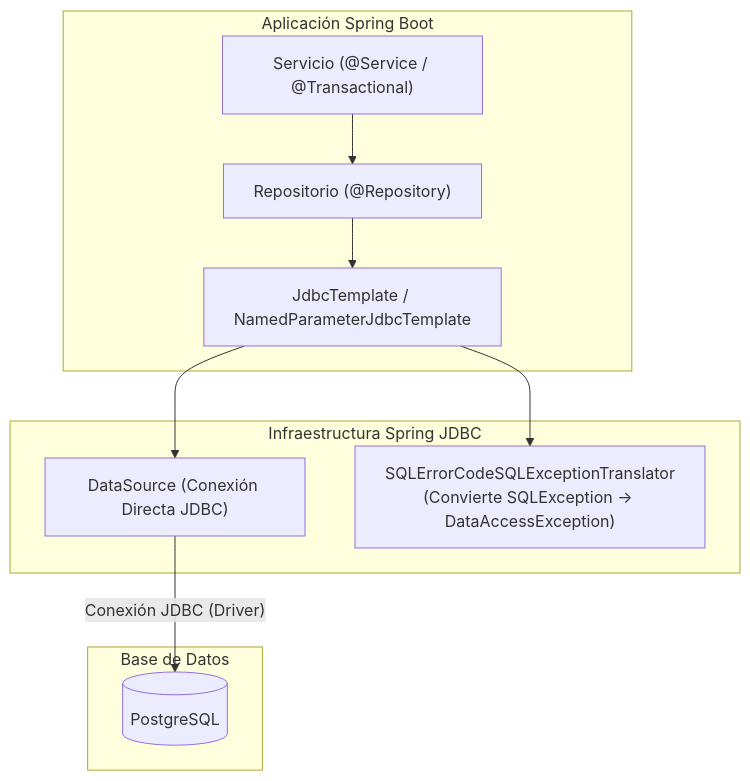
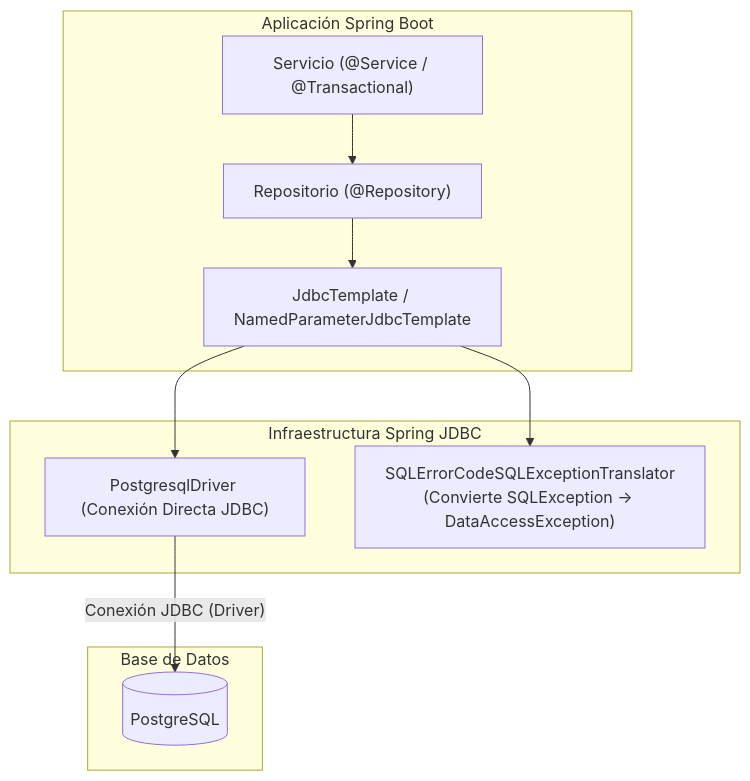
Before and after one commit to fencgut961/AAD_26_27: diagram 12 of 14 in RA2/ra2-manejor-conectores.md, drawn with Mermaid. The commit also changed other lines of this file, not shown here.

First line of the commit message:
Refactor JDBC references and update section headings

````diff
--- a/RA2/ra2-manejor-conectores.md
+++ b/RA2/ra2-manejor-conectores.md
@@ -874,23 +871,23 @@
 ```mermaid
 graph TD
     subgraph SpringApp["Aplicación Spring Boot"]
         Service["Servicio (@Service / @Transactional)"]
         Repo["Repositorio (@Repository)"]
         Template["JdbcTemplate / NamedParameterJdbcTemplate"]
     end
 
     subgraph SpringInfra["Infraestructura Spring JDBC"]
-        DS["DataSource (Conexión Directa JDBC)"]
+        DS["PostgresqlDriver (Conexión Directa JDBC)"]
         Translator["SQLErrorCodeSQLExceptionTranslator\n(Convierte SQLException -> DataAccessException)"]
     end
 
     subgraph BD["Base de Datos"]
         Postgres[("PostgreSQL")]
     end
 
     Service --> Repo
     Repo --> Template
     Template --> Translator
     Template --> DS
     DS -->|"Conexión JDBC (Driver)"| Postgres
 ```
````
